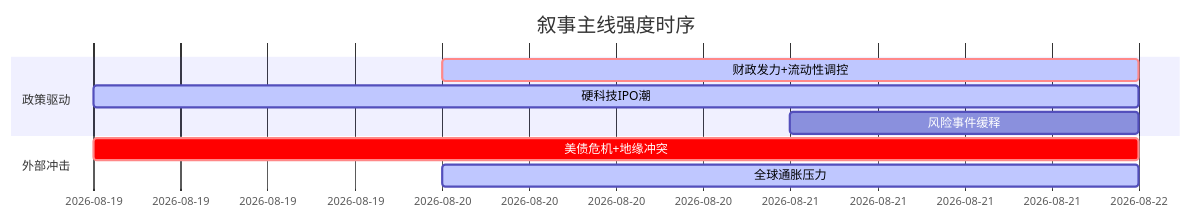
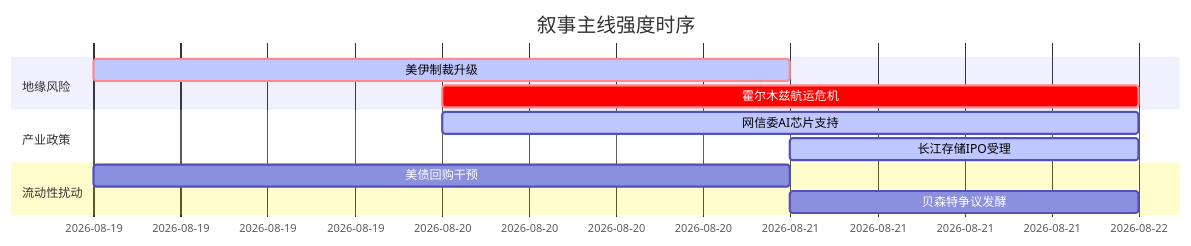
One commit to uu5zn/uu5zn.github.io changed the diagram in 5day_report.md. Above: the diagram before and after it, drawn with Mermaid. The commit also changed other lines of this file and 3 other files, not shown here.

````diff
--- a/5day_report.md
+++ b/5day_report.md
@@ -58,13 +58,16 @@
 ```mermaid
 gantt
     title 叙事主线强度时序
     dateFormat YYYY-MM-DD
-    section 政策驱动
-    财政发力+流动性调控   :crit, active, 2026-08-20, 2d
-    硬科技IPO潮          :active, 2026-08-19, 3d
-    风险事件缓释         :2026-08-21, 1d
+    section 地缘风险
+    美伊制裁升级     :crit, active, 2026-08-19, 2d
+    霍尔木兹航运危机  :crit, 2026-08-20, 2d
     
-    section 外部冲击
-    美债危机+地缘冲突     :crit, 2026-08-19, 3d
-    全球通胀压力         :active, 2026-08-20, 2d
+    section 产业政策
+    网信委AI芯片支持 :active, 2026-08-20, 2d
+    长江存储IPO受理  :active, 2026-08-21, 1d
+    
+    section 流动性扰动
+    美债回购干预     :2026-08-19, 2d
+    贝森特争议发酵   :2026-08-21, 1d
 ```
````
